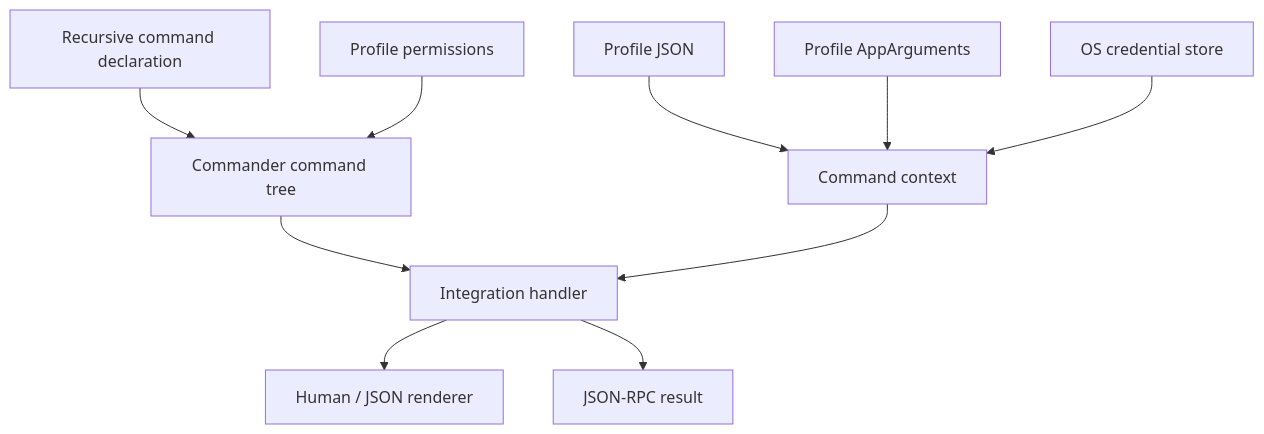
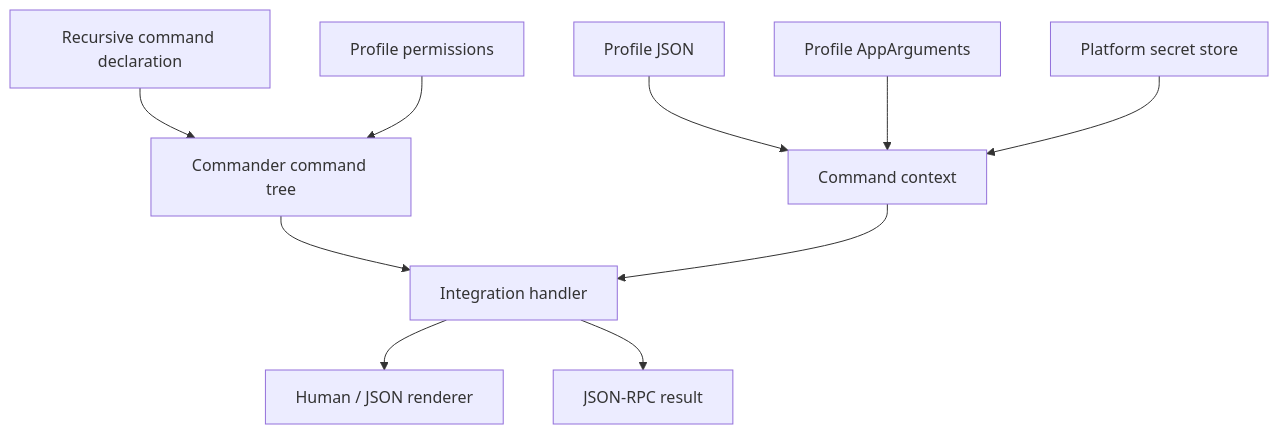
One commit to iXab3r/EyeAuras.CliFactory changed the diagram in docs/DESIGN.md. Above: the diagram before and after it, drawn with Mermaid. The commit also changed other lines of this file and 25 other files, not shown here.

````diff
--- a/docs/DESIGN.md
+++ b/docs/DESIGN.md
@@ -497,12 +511,12 @@
 ```mermaid
 flowchart TB
     declaration["Recursive command declaration"] --> commander["Commander command tree"]
     commander --> handler["Integration handler"]
     profiles["Profile JSON"] --> context["Command context"]
     appdata["Profile AppArguments"] --> context
     policy["Profile permissions"] --> commander
-    keyring["OS credential store"] --> context
+    secrets["Platform secret store"] --> context
     context --> handler
     handler --> renderer["Human / JSON renderer"]
     handler --> rpc["JSON-RPC result"]
 ```
````
